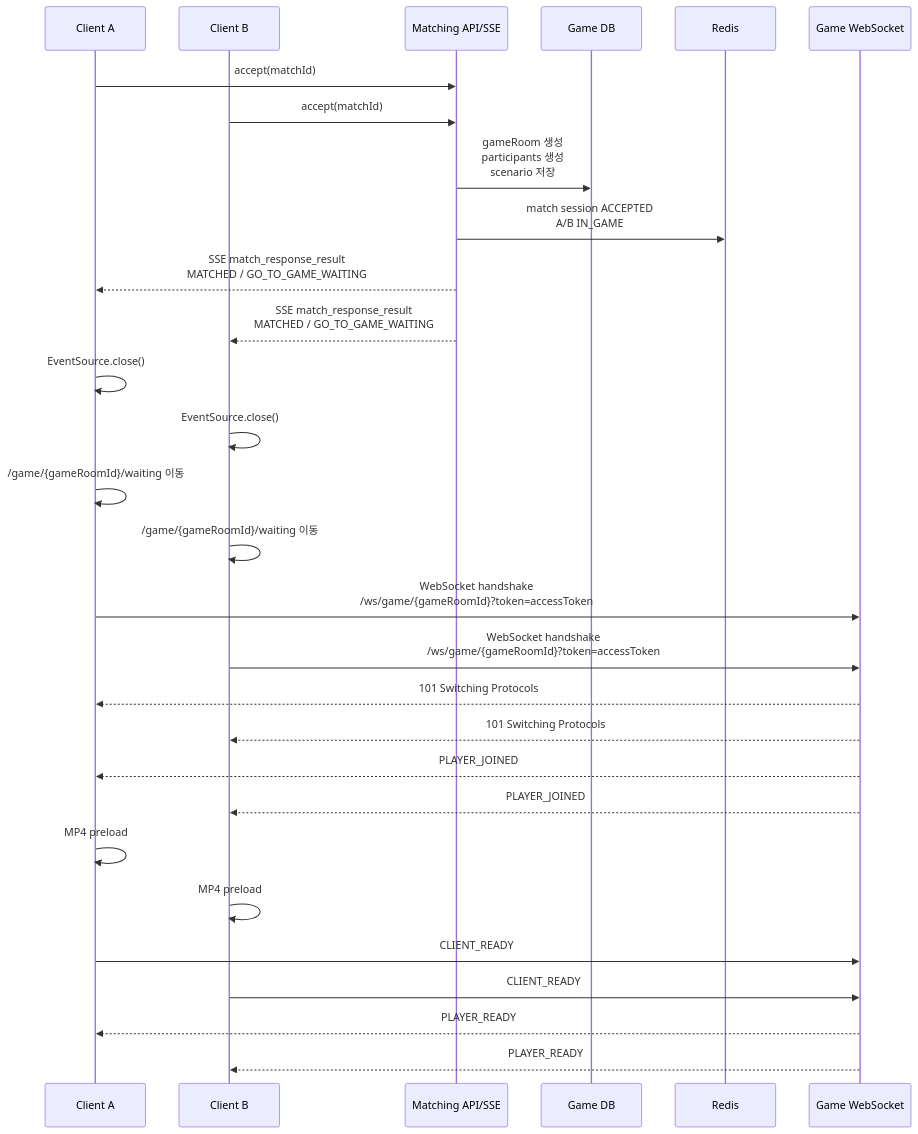
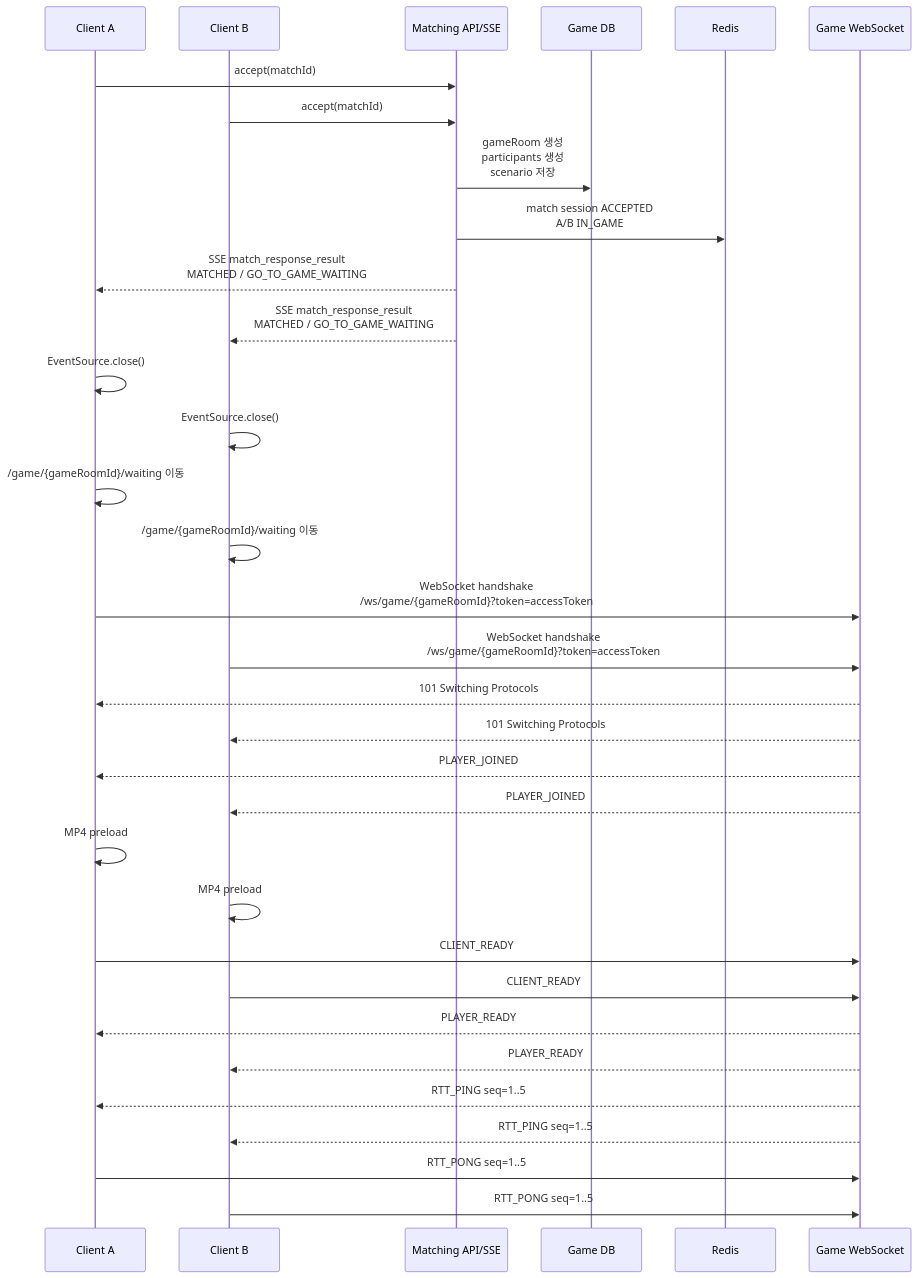
The second of 11 diagrams in docs/project/websocket client.md (moonwhistle/League-of-Star), drawn with Mermaid before and after one commit. The commit also changed other lines of this file and 9 other files, not shown here.

````diff
--- a/docs/project/websocket client.md
+++ b/docs/project/websocket client.md
@@ -36,35 +36,39 @@
 ```mermaid
 sequenceDiagram
     participant A as Client A
     participant B as Client B
     participant M as Matching API/SSE
     participant DB as Game DB
     participant R as Redis
     participant W as Game WebSocket
 
     A->>M: accept(matchId)
     B->>M: accept(matchId)
     M->>DB: gameRoom 생성<br/>participants 생성<br/>scenario 저장
     M->>R: match session ACCEPTED<br/>A/B IN_GAME
     M-->>A: SSE match_response_result<br/>MATCHED / GO_TO_GAME_WAITING
     M-->>B: SSE match_response_result<br/>MATCHED / GO_TO_GAME_WAITING
 
     A->>A: EventSource.close()
     B->>B: EventSource.close()
     A->>A: /game/{gameRoomId}/waiting 이동
     B->>B: /game/{gameRoomId}/waiting 이동
 
     A->>W: WebSocket handshake<br/>/ws/game/{gameRoomId}?token=accessToken
     B->>W: WebSocket handshake<br/>/ws/game/{gameRoomId}?token=accessToken
     W-->>A: 101 Switching Protocols
     W-->>B: 101 Switching Protocols
 
     W-->>A: PLAYER_JOINED
     W-->>B: PLAYER_JOINED
     A->>A: MP4 preload
     B->>B: MP4 preload
     A->>W: CLIENT_READY
     B->>W: CLIENT_READY
     W-->>A: PLAYER_READY
     W-->>B: PLAYER_READY
+    W-->>A: RTT_PING seq=1..5
+    W-->>B: RTT_PING seq=1..5
+    A->>W: RTT_PONG seq=1..5
+    B->>W: RTT_PONG seq=1..5
 ```
````
